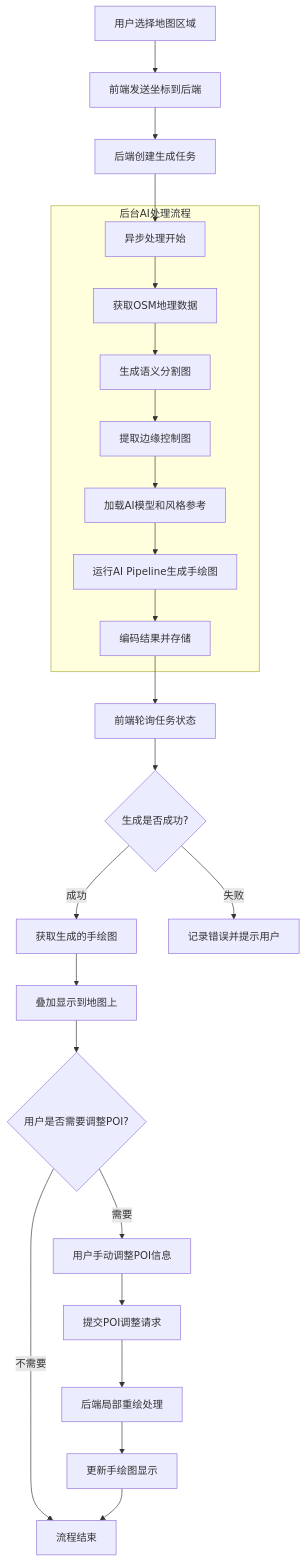
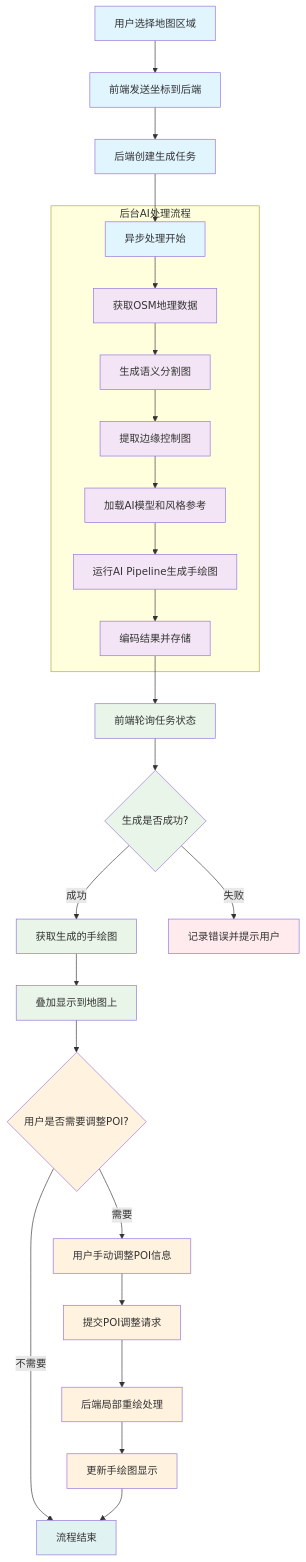
One commit to madgoat8/AI-TourMap-Generator changed the diagram in README.md. Above: the diagram before and after it, drawn with Mermaid. The commit also changed 1 other file, not shown here.

Commit message:
完善流程图样式，优化可视化效果

````diff
--- a/README.md
+++ b/README.md
@@ -27,28 +27,50 @@
 ```mermaid
 graph TD
     A[用户选择地图区域] --> B[前端发送坐标到后端];
     B --> C[后端创建生成任务];
     C --> D[异步处理开始];
     
     subgraph "后台AI处理流程"
         D --> E[获取OSM地理数据];
         E --> F[生成语义分割图];
         F --> G[提取边缘控制图];
         G --> H[加载AI模型和风格参考];
         H --> I[运行AI Pipeline生成手绘图];
         I --> J[编码结果并存储];
     end
     
     J --> K[前端轮询任务状态];
     K --> L{生成是否成功?};
     L -- 成功 --> M[获取生成的手绘图];
     L -- 失败 --> N[记录错误并提示用户];
     M --> O[叠加显示到地图上];
     O --> P{用户是否需要调整POI?};
     P -- 需要 --> Q[用户手动调整POI信息];
     Q --> R[提交POI调整请求];
     R --> S[后端局部重绘处理];
     S --> T[更新手绘图显示];
     P -- 不需要 --> U[流程结束];
     T --> U;
+    
+    style A fill:#e1f5fe
+    style B fill:#e1f5fe
+    style C fill:#e1f5fe
+    style D fill:#e1f5fe
+    style E fill:#f3e5f5
+    style F fill:#f3e5f5
+    style G fill:#f3e5f5
+    style H fill:#f3e5f5
+    style I fill:#f3e5f5
+    style J fill:#f3e5f5
+    style K fill:#e8f5e8
+    style L fill:#e8f5e8
+    style M fill:#e8f5e8
+    style N fill:#ffebee
+    style O fill:#e8f5e8
+    style P fill:#fff3e0
+    style Q fill:#fff3e0
+    style R fill:#fff3e0
+    style S fill:#fff3e0
+    style T fill:#fff3e0
+    style U fill:#e0f2f1
 ```
````
